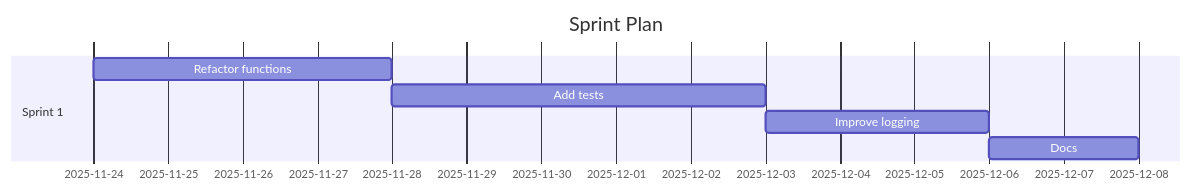
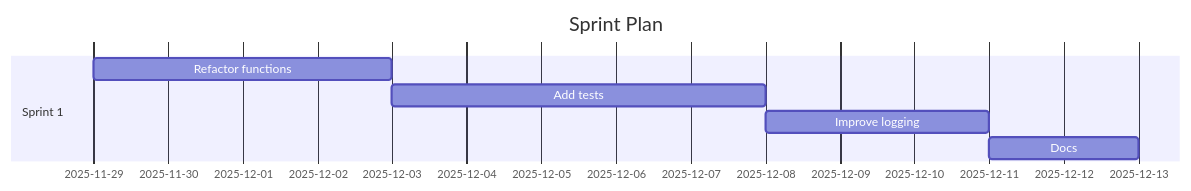
The diagram in demos/demo-code-analysis.sprint.md (Anselmoo/mcp-ai-agent-guidelines), drawn with Mermaid before and after one commit. The commit also changed other lines of this file and 52 other files, not shown here.

````diff
--- a/demos/demo-code-analysis.sprint.md
+++ b/demos/demo-code-analysis.sprint.md
@@ -59,11 +59,11 @@
 ```mermaid
 gantt
 	dateFormat  YYYY-MM-DD
 	title Sprint Plan
 %% Accessibility: Title=Project Sprint Plan; Description=Gantt chart of sprints and tasks over time. %%
   section Sprint 1
-  Refactor functions :s1t0, 2025-11-24, 4d
-  Add tests :s1t1, 2025-11-28, 5d
-  Improve logging :s1t2, 2025-12-03, 3d
-  Docs :s1t3, 2025-12-06, 2d
+  Refactor functions :s1t0, 2025-11-29, 4d
+  Add tests :s1t1, 2025-12-03, 5d
+  Improve logging :s1t2, 2025-12-08, 3d
+  Docs :s1t3, 2025-12-11, 2d
 ```
````
